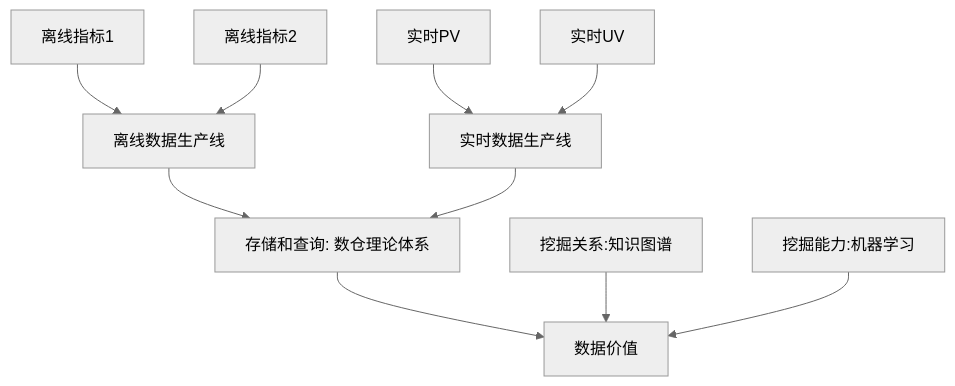
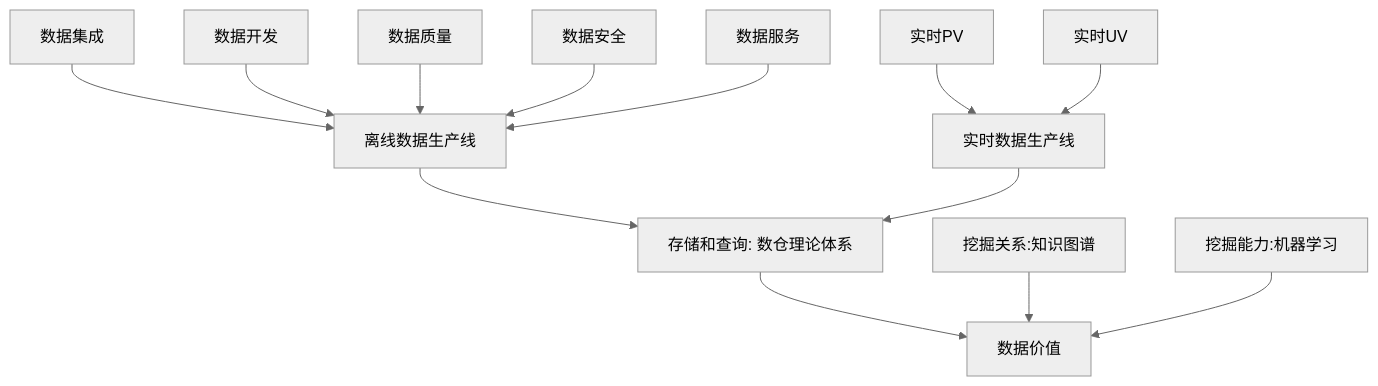
The diagram in source/_posts/数据开发领域的点线面体.md (lhyundeadsoul/blog), drawn with Mermaid (neutral theme) before and after one commit.

```diff
--- a/source/_posts/数据开发领域的点线面体.md
+++ b/source/_posts/数据开发领域的点线面体.md
@@ -14,12 +14,15 @@
 {% mermaid graph TD %}
-    A[离线指标1]-->C;
-    B[离线指标2]-->C;
+    A[数据集成]-->C;
+    B[数据开发]-->C;
+    K[数据质量]-->C;
+    L[数据安全]-->C;
+    M[数据服务]-->C;
     C[离线数据生产线]-->E;
-    L[实时PV]-->D
+    O[实时PV]-->D
     I[实时UV]-->D
     D[实时数据生产线]-->E;
     E[存储和查询: 数仓理论体系]-->Z
     F[挖掘关系:知识图谱]-->Z
     J[挖掘能力:机器学习]-->Z
     Z[数据价值]
 {% endmermaid %}
```
